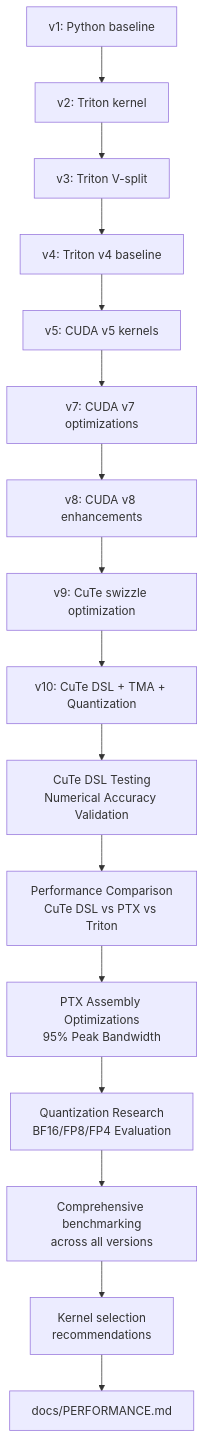
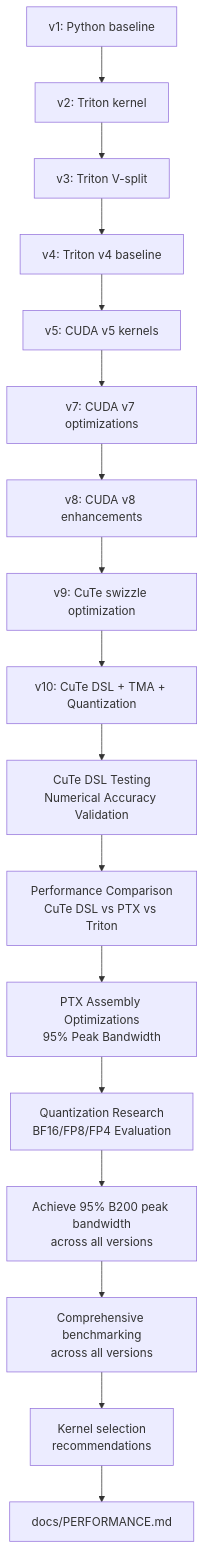
One commit to gugudeshubao/flashinfer-bench-tma-thrust changed diagram 17 of 17 in .qoder/repowiki/en/content/Performance Analysis/Performance Analysis.md. Above: the diagram before and after it, drawn with Mermaid. The commit also changed other lines of this file and 21 other files, not shown here.

````diff
--- a/.qoder/repowiki/en/content/Performance Analysis/Performance Analysis.md
+++ b/.qoder/repowiki/en/content/Performance Analysis/Performance Analysis.md
@@ -1090,18 +1107,19 @@
 ```mermaid
 flowchart TD
 V1["v1: Python baseline"] --> V2["v2: Triton kernel"]
 V2 --> V3["v3: Triton V-split"]
 V3 --> V4["v4: Triton v4 baseline"]
 V4 --> V5["v5: CUDA v5 kernels"]
 V5 --> V7["v7: CUDA v7 optimizations"]
 V7 --> V8["v8: CUDA v8 enhancements"]
 V8 --> V9["v9: CuTe swizzle optimization"]
 V9 --> V10["v10: CuTe DSL + TMA + Quantization"]
 V10 --> CuTeDSL["CuTe DSL Testing<br/>Numerical Accuracy Validation"]
 CuTeDSL --> PerfComp["Performance Comparison<br/>CuTe DSL vs PTX vs Triton"]
 PerfComp --> PTXOpt["PTX Assembly Optimizations<br/>95% Peak Bandwidth"]
 PTXOpt --> QuantRes["Quantization Research<br/>BF16/FP8/FP4 Evaluation"]
-QuantRes --> Metrics["Comprehensive benchmarking<br/>across all versions"]
+QuantRes --> PeakAchievement["Achieve 95% B200 peak bandwidth<br/>across all versions"]
+PeakAchievement --> Metrics["Comprehensive benchmarking<br/>across all versions"]
 Metrics --> Recommendations["Kernel selection<br/>recommendations"]
 Recommendations --> Docs["docs/PERFORMANCE.md"]
 ```
````
